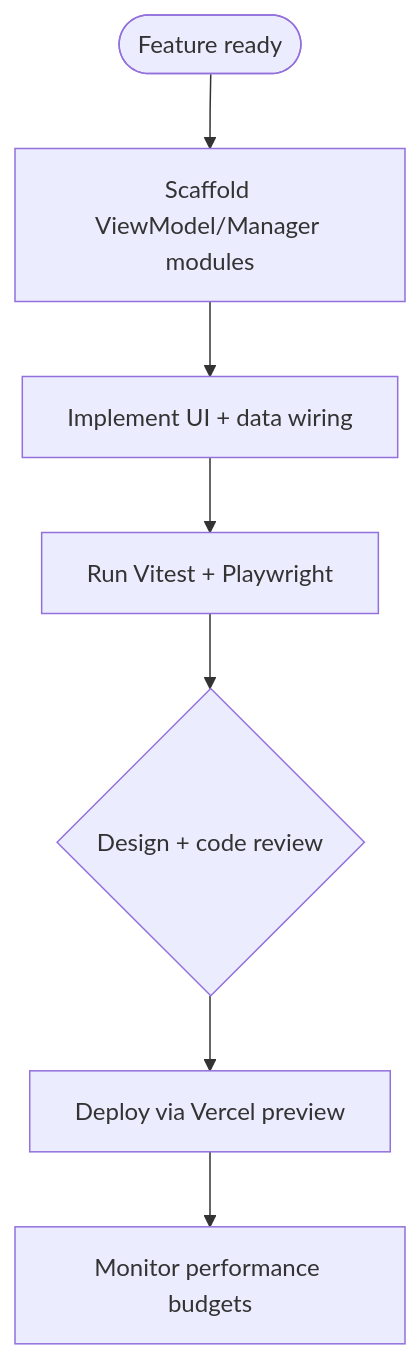
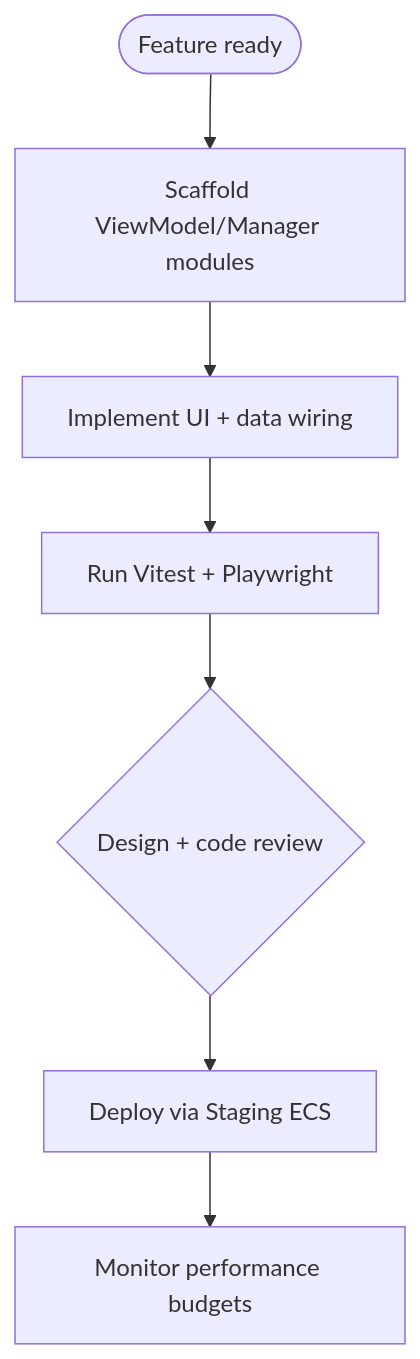
Before and after one commit to marcelkenner/clarivum: the diagram in docs/diagrams/adr-019-frontend-platform/bpmn-release.mmd, drawn with Mermaid. The commit also changed 205 other files, not shown here.

````diff
--- a/docs/diagrams/adr-019-frontend-platform/bpmn-release.mmd
+++ b/docs/diagrams/adr-019-frontend-platform/bpmn-release.mmd
@@ -1,11 +1,11 @@
 ```mermaid
 flowchart TD
     backlog([Feature ready])
     scaffold[Scaffold ViewModel/Manager modules]
     implement[Implement UI + data wiring]
     test[Run Vitest + Playwright]
     review{Design + code review}
-    deploy[Deploy via Vercel preview]
+    deploy[Deploy via Staging ECS]
     monitor[Monitor performance budgets]
     backlog --> scaffold --> implement --> test --> review --> deploy --> monitor
 ```
````
